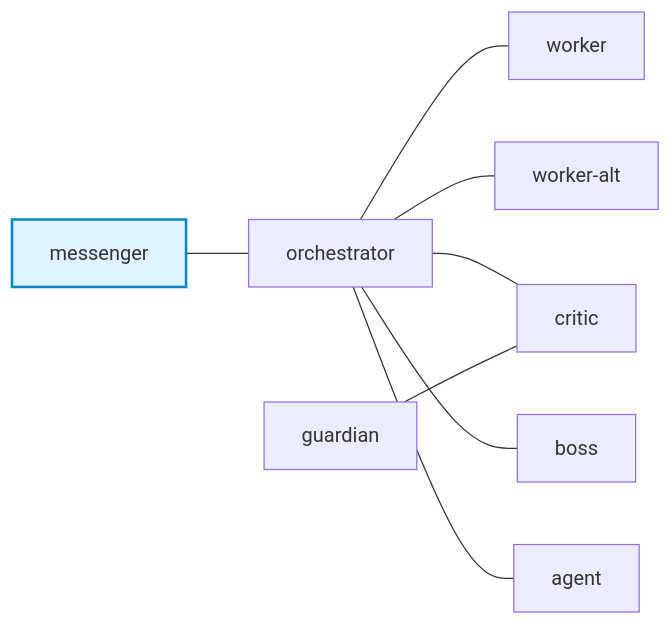
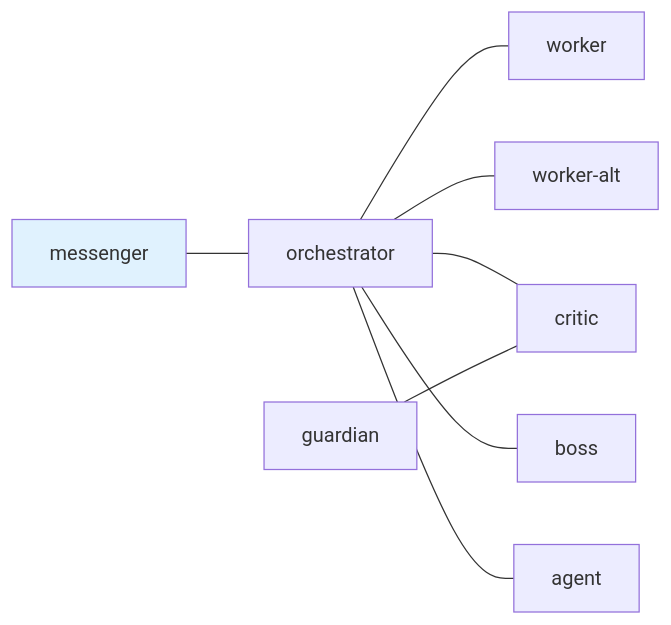
One commit to i9wa4/dotfiles changed the diagram in config/tmux-a2a-postman/postman.md. Above: the diagram before and after it, drawn with Mermaid.

Commit message:
config(postman): prefer ui node class statement

````diff
--- a/config/tmux-a2a-postman/postman.md
+++ b/config/tmux-a2a-postman/postman.md
@@ -16,11 +16,12 @@
 ```mermaid
 graph LR
-    messenger:::ui_node --- orchestrator
+    messenger --- orchestrator
     orchestrator --- worker
     orchestrator --- worker-alt
     orchestrator --- critic
     orchestrator --- boss
     guardian --- critic
     orchestrator --- agent
-    classDef ui_node fill:#e0f2fe,stroke:#0284c7,stroke-width:2px
+    class messenger ui_node
+    classDef ui_node fill:#e0f2fe
 ```
````
